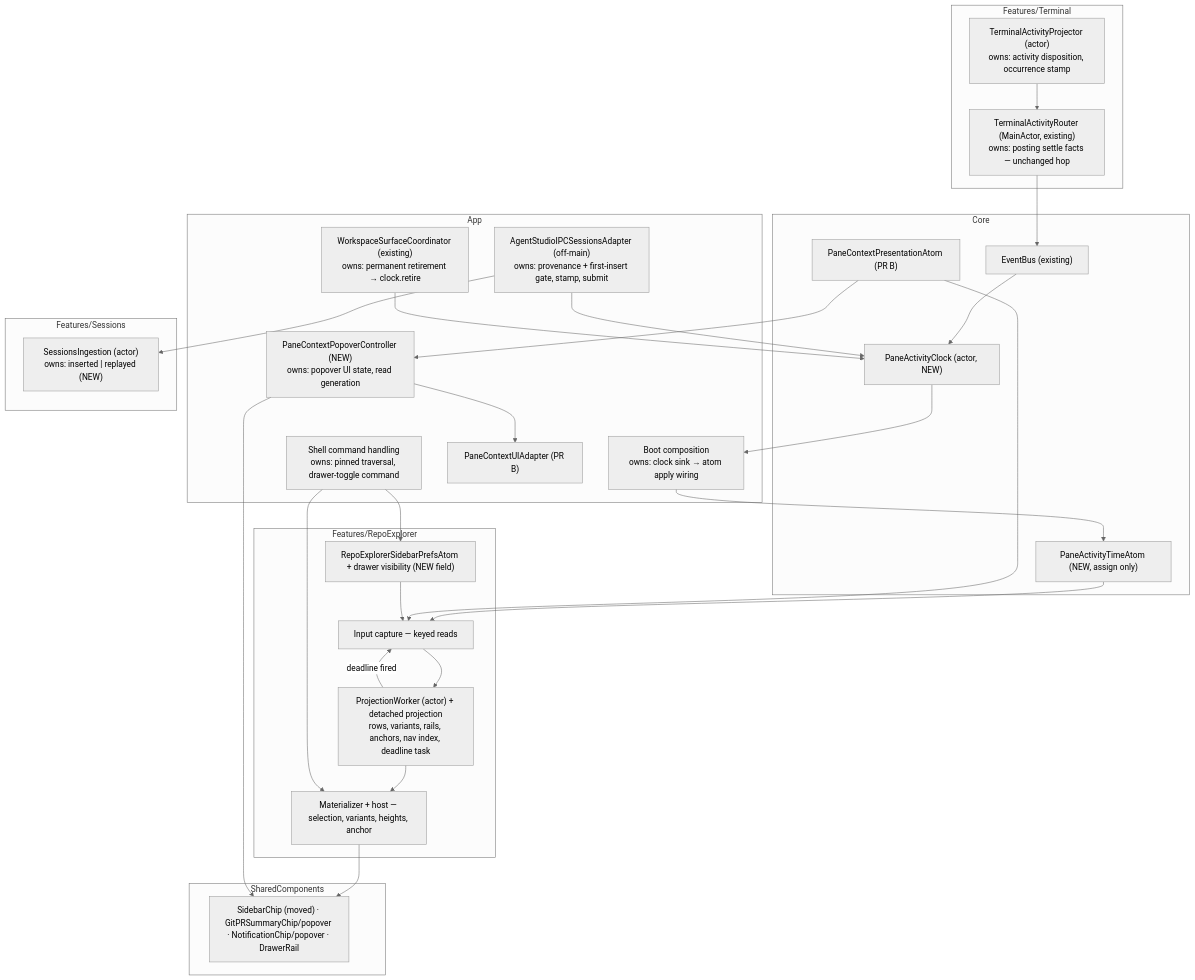
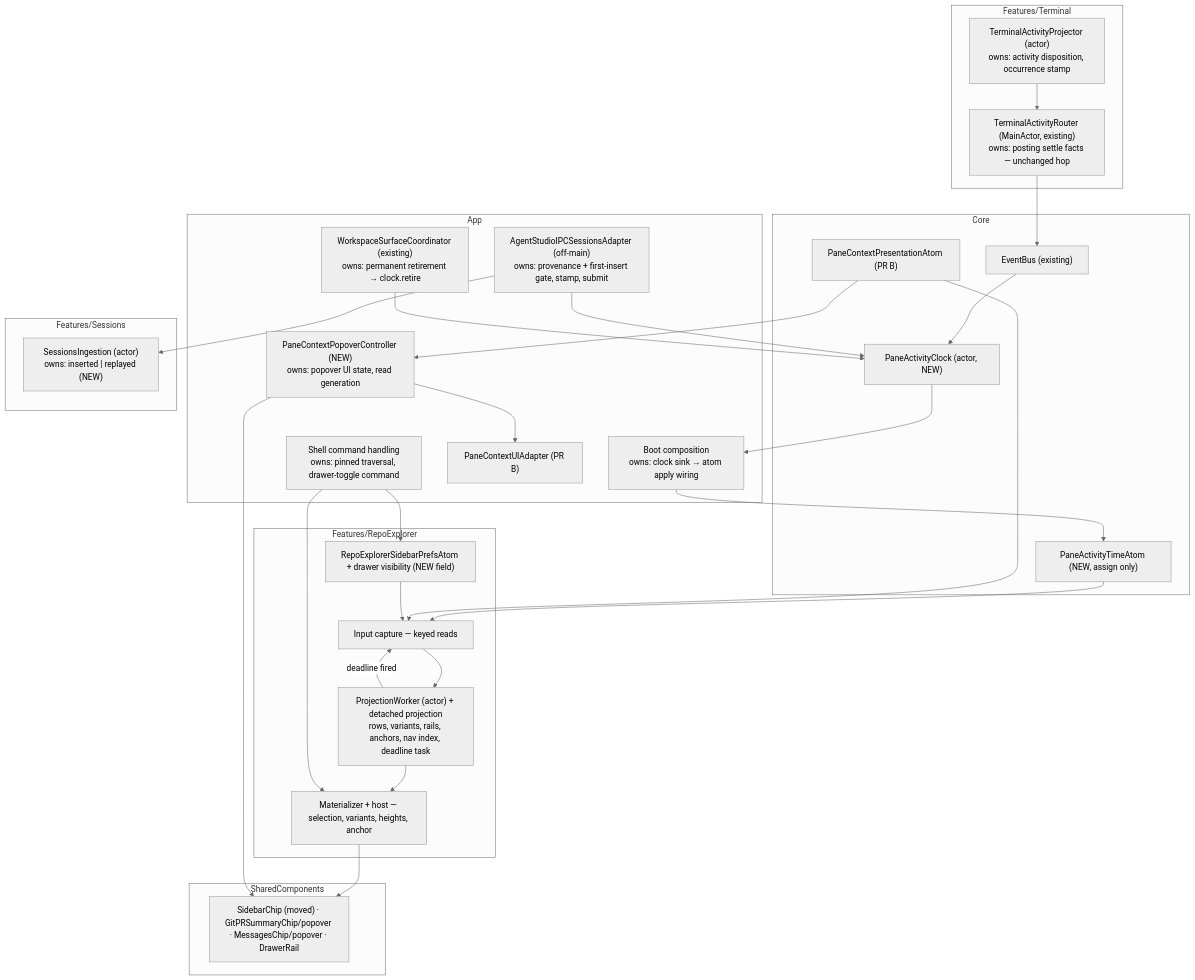
One commit to ShravanSunder/agentstudio changed the second of 7 diagrams in docs/specs/2026-09-25-panes-stage1/2026-09-25-panes-stage1-program-design.md. Above: the diagram before and after it, drawn with Mermaid (neutral theme). The commit also changed other lines of this file and 2 other files, not shown here.

````diff
--- a/docs/specs/2026-09-25-panes-stage1/2026-09-25-panes-stage1-program-design.md
+++ b/docs/specs/2026-09-25-panes-stage1/2026-09-25-panes-stage1-program-design.md
@@ -161,47 +162,47 @@
 ```mermaid
 flowchart TB
     subgraph Terminal["Features/Terminal"]
         TP["TerminalActivityProjector (actor)<br/>owns: activity disposition, occurrence stamp"]
         TR["TerminalActivityRouter (MainActor, existing)<br/>owns: posting settle facts — unchanged hop"]
     end
     subgraph App["App"]
         HOOK["AgentStudioIPCSessionsAdapter (off-main)<br/>owns: provenance + first-insert gate, stamp, submit"]
         WSC["WorkspaceSurfaceCoordinator (existing)<br/>owns: permanent retirement → clock.retire"]
         BOOT["Boot composition<br/>owns: clock sink → atom apply wiring"]
         CMD["Shell command handling<br/>owns: pinned traversal, drawer-toggle command"]
         POP["PaneContextPopoverController (NEW)<br/>owns: popover UI state, read generation"]
         PBA["PaneContextUIAdapter (PR B)"]
     end
     subgraph Core["Core"]
         CLK["PaneActivityClock (actor, NEW)"]
         PAT["PaneActivityTimeAtom (NEW, assign only)"]
         BUS["EventBus (existing)"]
         PCA["PaneContextPresentationAtom (PR B)"]
     end
     subgraph Sessions["Features/Sessions"]
         REPO["SessionsIngestion (actor)<br/>owns: inserted | replayed (NEW)"]
     end
     subgraph RepoExplorer["Features/RepoExplorer"]
         PREF["RepoExplorerSidebarPrefsAtom + drawer visibility (NEW field)"]
         CAP["Input capture — keyed reads"]
         WRK["ProjectionWorker (actor) + detached projection<br/>rows, variants, rails, anchors, nav index, deadline task"]
         MAT["Materializer + host — selection, variants, heights, anchor"]
     end
     subgraph Shared["SharedComponents"]
-        CH["SidebarChip (moved) · GitPRSummaryChip/popover · NotificationChip/popover · DrawerRail"]
+        CH["SidebarChip (moved) · GitPRSummaryChip/popover · MessagesChip/popover · DrawerRail"]
     end
     TP --> TR --> BUS --> CLK
     HOOK --> REPO
     HOOK --> CLK
     WSC --> CLK
     CLK --> BOOT --> PAT
     PAT --> CAP
     PCA --> CAP
     PREF --> CAP
     CAP --> WRK --> MAT --> CH
     WRK -- "deadline fired" --> CAP
     CMD --> PREF
     CMD --> MAT
     PCA --> POP --> PBA
     POP --> CH
 ```
````
